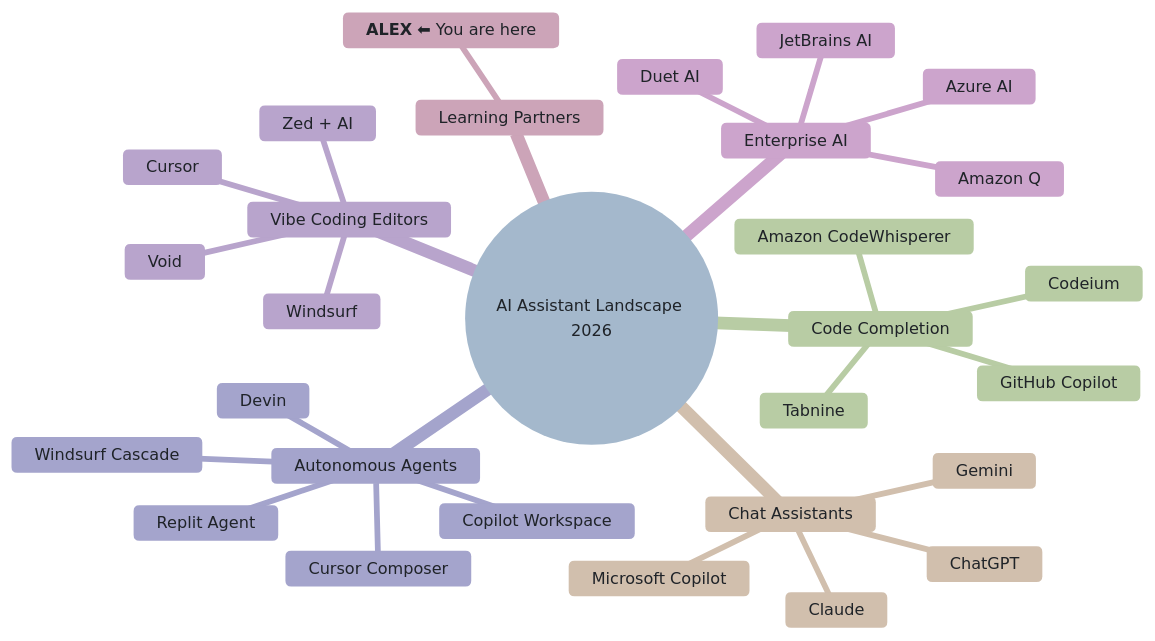
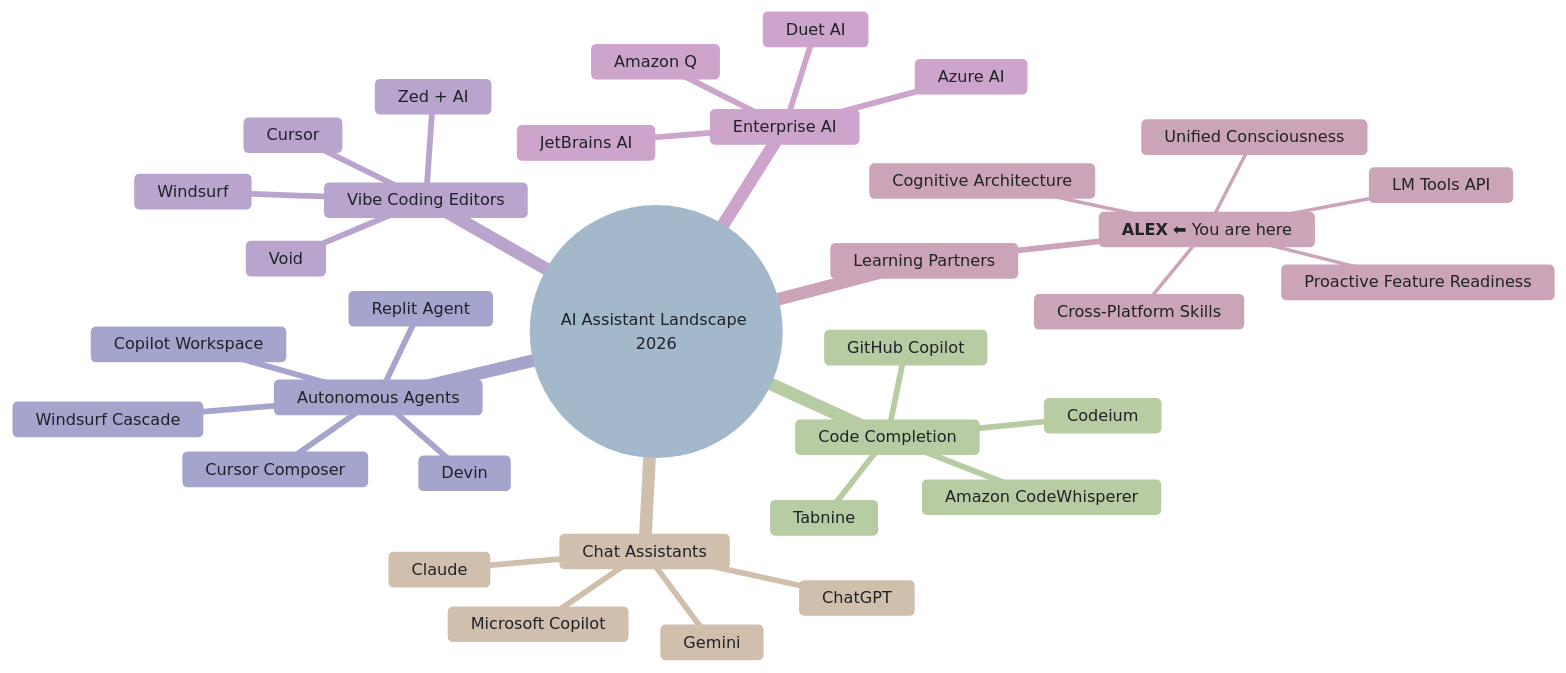
One commit to fabioc-aloha/Alex_Plug_In changed the first of 2 diagrams in alex_docs/COMPETITIVE-ANALYSIS.md. Above: the diagram before and after it, drawn with Mermaid. The commit also changed other lines of this file and 36 other files, not shown here.

````diff
--- a/alex_docs/COMPETITIVE-ANALYSIS.md
+++ b/alex_docs/COMPETITIVE-ANALYSIS.md
@@ -24,33 +24,38 @@
 ```mermaid
 %%{init: {'theme': 'base', 'themeVariables': { 'primaryColor': '#f6f8fa', 'primaryTextColor': '#1f2328', 'lineColor': '#656d76', 'fontSize': '14px'}}}%%
 mindmap
   root((AI Assistant Landscape 2026))
     Code Completion
       GitHub Copilot
       Amazon CodeWhisperer
       Tabnine
       Codeium
     Chat Assistants
       ChatGPT
       Claude
       Gemini
       Microsoft Copilot
     Autonomous Agents
       Devin
       Copilot Workspace
       Cursor Composer
       Windsurf Cascade
       Replit Agent
     Vibe Coding Editors
       Cursor
       Windsurf
       Zed + AI
       Void
     Enterprise AI
       Amazon Q
       Duet AI
       JetBrains AI
       Azure AI
     Learning Partners
       **ALEX** ⬅ You are here
+        Cross-Platform Skills
+        Proactive Feature Readiness
+        LM Tools API
+        Cognitive Architecture
+        Unified Consciousness
 ```
````
